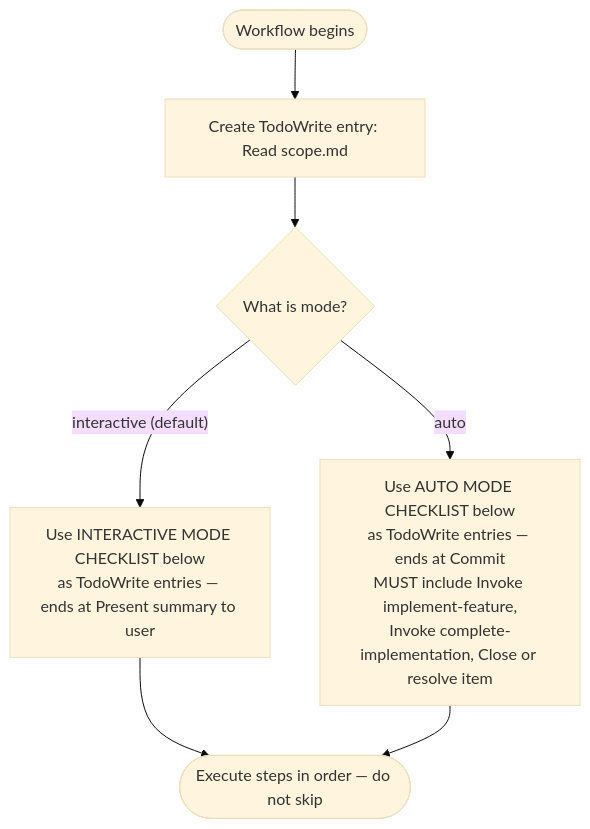
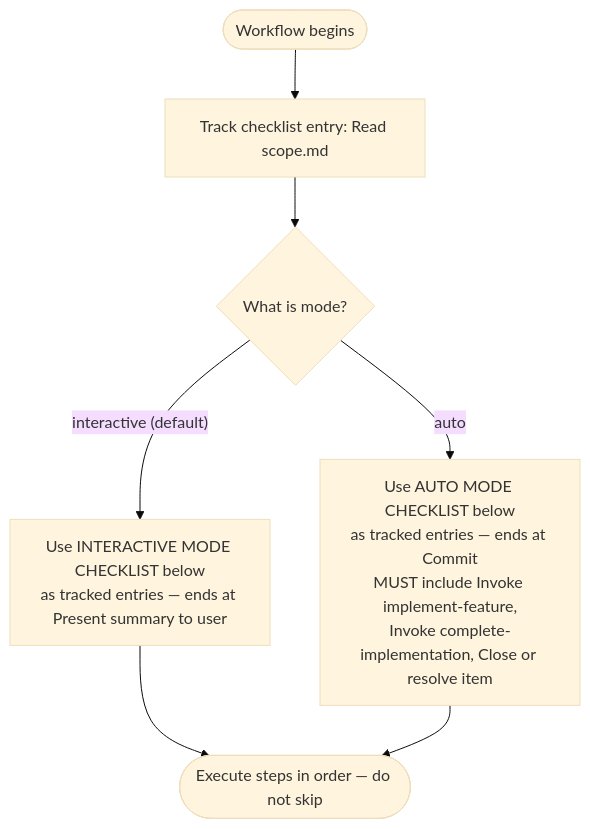
Before and after one commit to Jamie-BitFlight/claude_skills: the diagram in plugins/development-harness/skills/work-backlog-item/references/workflows/work/start.md, drawn with Mermaid (base theme). The commit also changed other lines of this file and 37 other files, not shown here.

````diff
--- a/plugins/development-harness/skills/work-backlog-item/references/workflows/work/start.md
+++ b/plugins/development-harness/skills/work-backlog-item/references/workflows/work/start.md
@@ -11,9 +11,9 @@
 ```mermaid
 flowchart TD
-    Start([Workflow begins]) --> ReadScope["Create TodoWrite entry: Read scope.md"]
+    Start([Workflow begins]) --> ReadScope["Track checklist entry: Read scope.md"]
     ReadScope --> CreateList{What is mode?}
-    CreateList -->|"interactive (default)"| IList["Use INTERACTIVE MODE CHECKLIST below<br>as TodoWrite entries — ends at Present summary to user"]
-    CreateList -->|"auto"| AList["Use AUTO MODE CHECKLIST below<br>as TodoWrite entries — ends at Commit<br>MUST include Invoke implement-feature,<br>Invoke complete-implementation, Close or resolve item"]
+    CreateList -->|"interactive (default)"| IList["Use INTERACTIVE MODE CHECKLIST below<br>as tracked entries — ends at Present summary to user"]
+    CreateList -->|"auto"| AList["Use AUTO MODE CHECKLIST below<br>as tracked entries — ends at Commit<br>MUST include Invoke implement-feature,<br>Invoke complete-implementation, Close or resolve item"]
     IList --> Execute([Execute steps in order — do not skip])
     AList --> Execute
 ```
````
